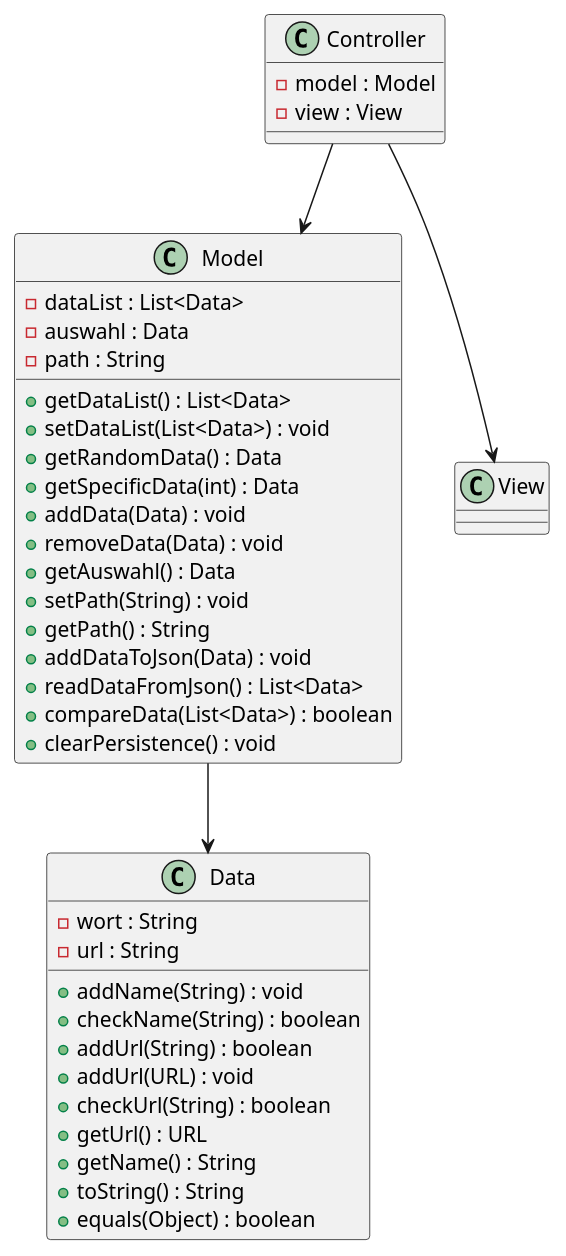
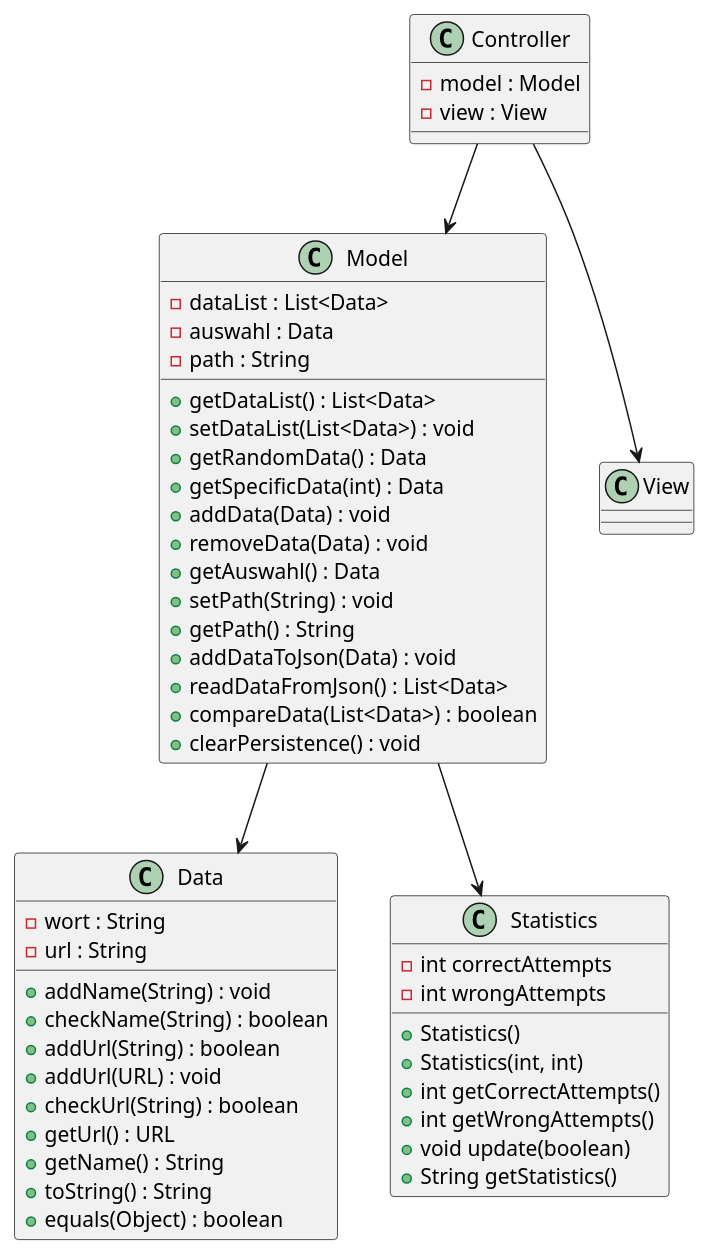
Before and after one commit to TGM-HIT/sew9-2425-worttrainer-kbau3r: the diagram in worttrainer-reloaded.puml, drawn with PlantUML.

Commit message:
Statistics UML finished

```diff
--- a/worttrainer-reloaded.puml
+++ b/worttrainer-reloaded.puml
@@ -1,49 +1,61 @@
 @startuml
 'title: Worttrainer Reloaded - kbauer'
 
 class Model {
   -dataList : List<Data>
   -auswahl : Data
   -path : String
   +getDataList() : List<Data>
   +setDataList(List<Data>) : void
   +getRandomData() : Data
   +getSpecificData(int) : Data
   +addData(Data) : void
   +removeData(Data) : void
   +getAuswahl() : Data
   +setPath(String) : void
   +getPath() : String
   +addDataToJson(Data) : void
   +readDataFromJson() : List<Data>
   +compareData(List<Data>) : boolean
   +clearPersistence() : void
 }
 
 class Data {
   -wort : String
   -url : String
   +addName(String) : void
   +checkName(String) : boolean
   +addUrl(String) : boolean
   +addUrl(URL) : void
   +checkUrl(String) : boolean
   +getUrl() : URL
   +getName() : String
   +toString() : String
   +equals(Object) : boolean
 }
 
+class Statistics {
+  - int correctAttempts
+  - int wrongAttempts
+  + Statistics()
+  + Statistics(int, int)
+  + int getCorrectAttempts()
+  + int getWrongAttempts()
+  + void update(boolean)
+  + String getStatistics()
+}
+
 class View {
 }
 
 class Controller {
   -model : Model
   -view : View
 }
 
 Controller --> Model
 Controller --> View
 Model --> Data
+Model --> Statistics
 
 @enduml
```
